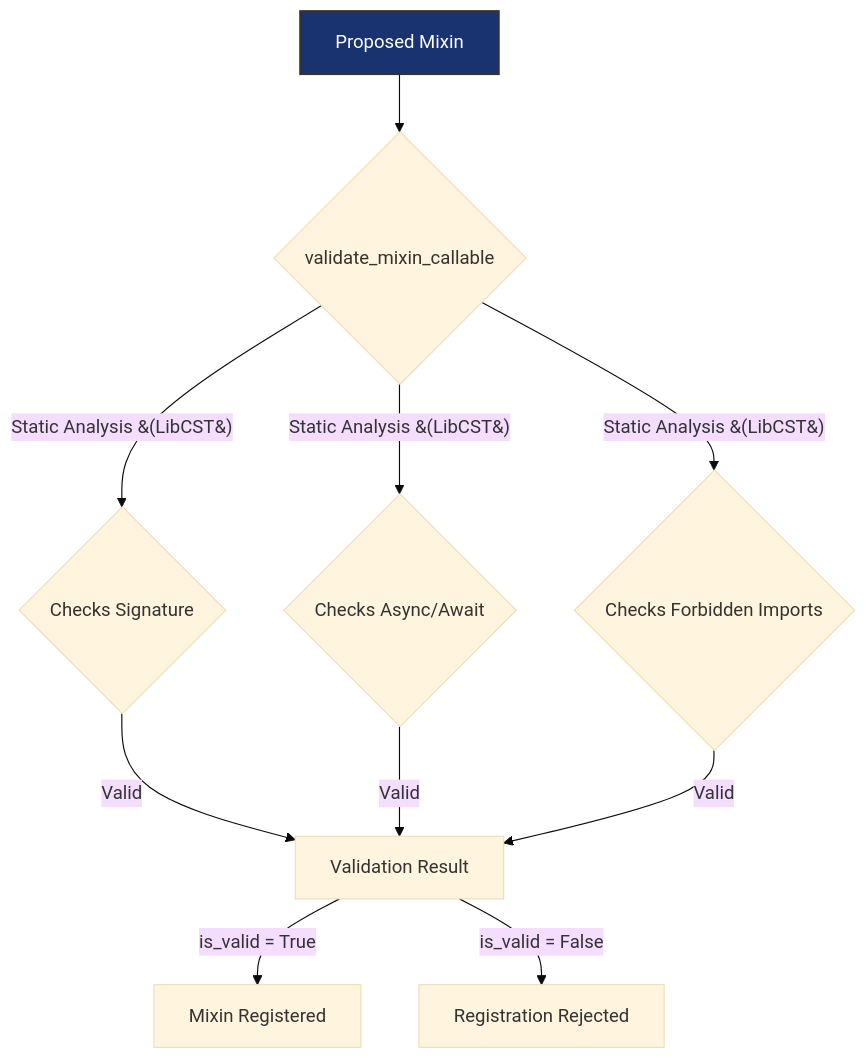
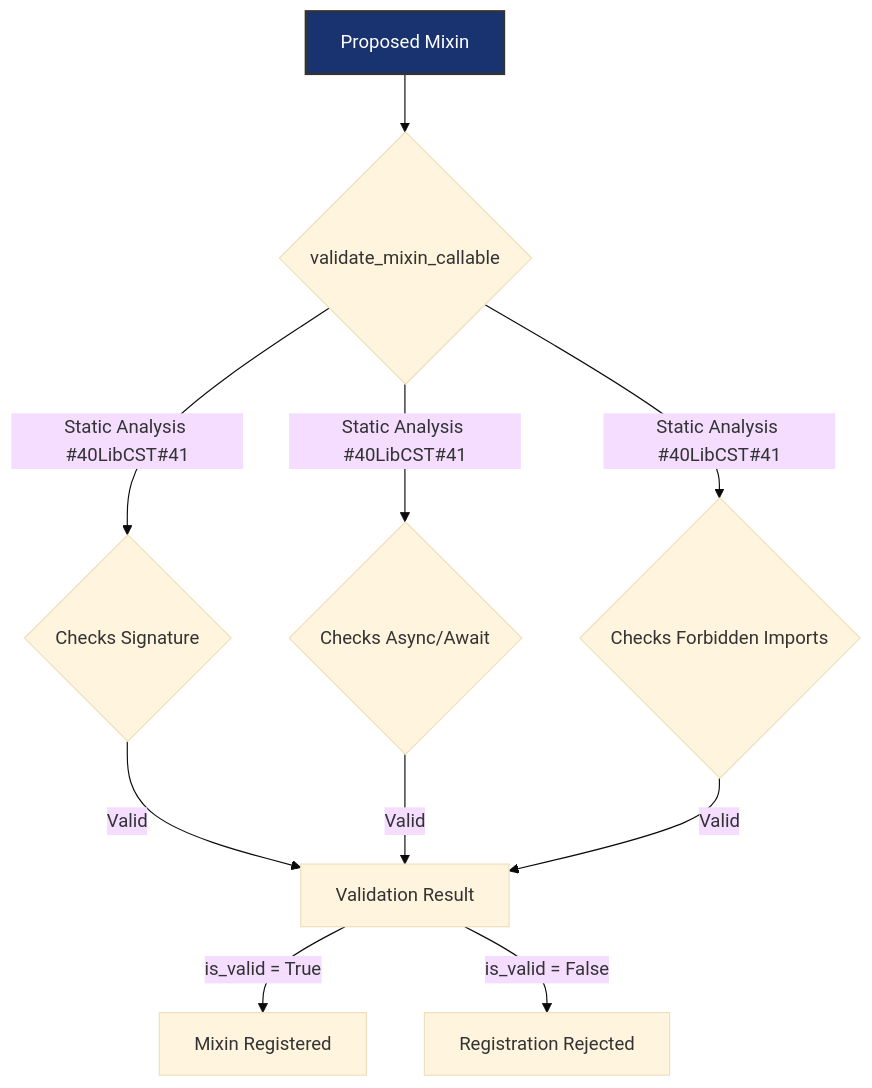
The first of 3 diagrams in docs/readme_details/5_mixinability/index.md (ikko/sym), drawn with Mermaid (base theme) before and after one commit. The commit also changed 38 other files, not shown here.

Commit message:
mermaids maybe fixed

````diff
--- a/docs/readme_details/5_mixinability/index.md
+++ b/docs/readme_details/5_mixinability/index.md
@@ -17,16 +17,16 @@
 ```mermaid
 graph TD
     A[Proposed Mixin] --> B{validate_mixin_callable};
-    B -- "Static Analysis &#40;LibCST&#41;" --> C{Checks Signature};
-    B -- "Static Analysis &#40;LibCST&#41;" --> D{Checks Async/Await};
-    B -- "Static Analysis &#40;LibCST&#41;" --> E{Checks Forbidden Imports};
+    B -- "Static Analysis #40LibCST#41" --> C{Checks Signature};
+    B -- "Static Analysis #40LibCST#41" --> D{Checks Async/Await};
+    B -- "Static Analysis #40LibCST#41" --> E{Checks Forbidden Imports};
     C -- "Valid" --> F[Validation Result];
     D -- "Valid" --> F;
     E -- "Valid" --> F;
     F -- "is_valid = True" --> G[Mixin Registered];
     F -- "is_valid = False" --> H[Registration Rejected];
 
     style A fill:#193370,stroke:#333,stroke-width:2px,color:#FFFFFF;
 
     style A fill:#193370,stroke:#333,stroke-width:2px,color:#FFFFFF;
 ```
````
